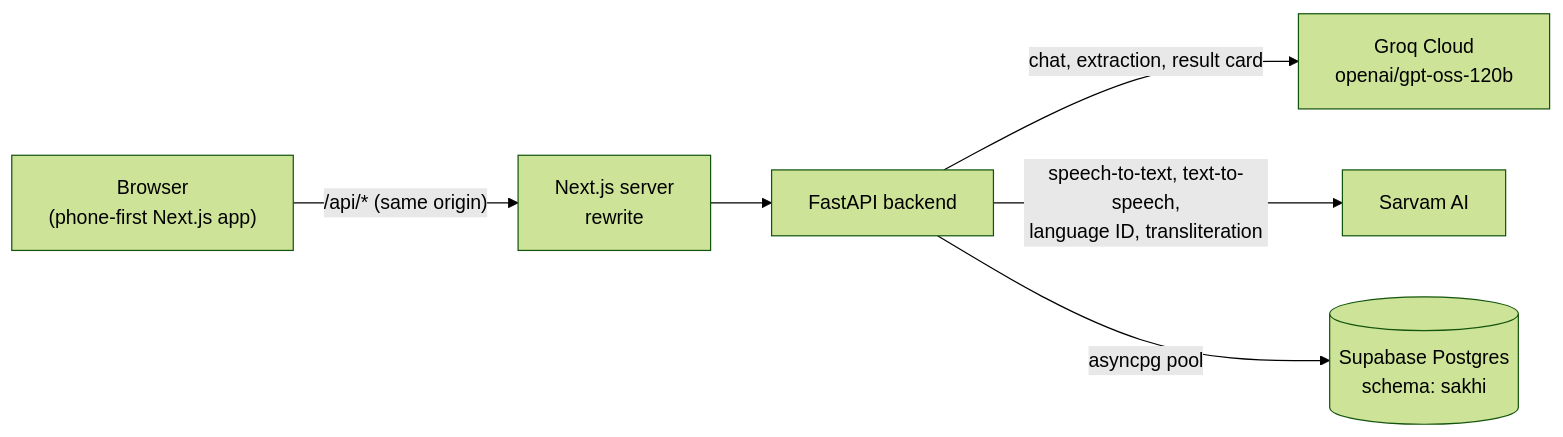
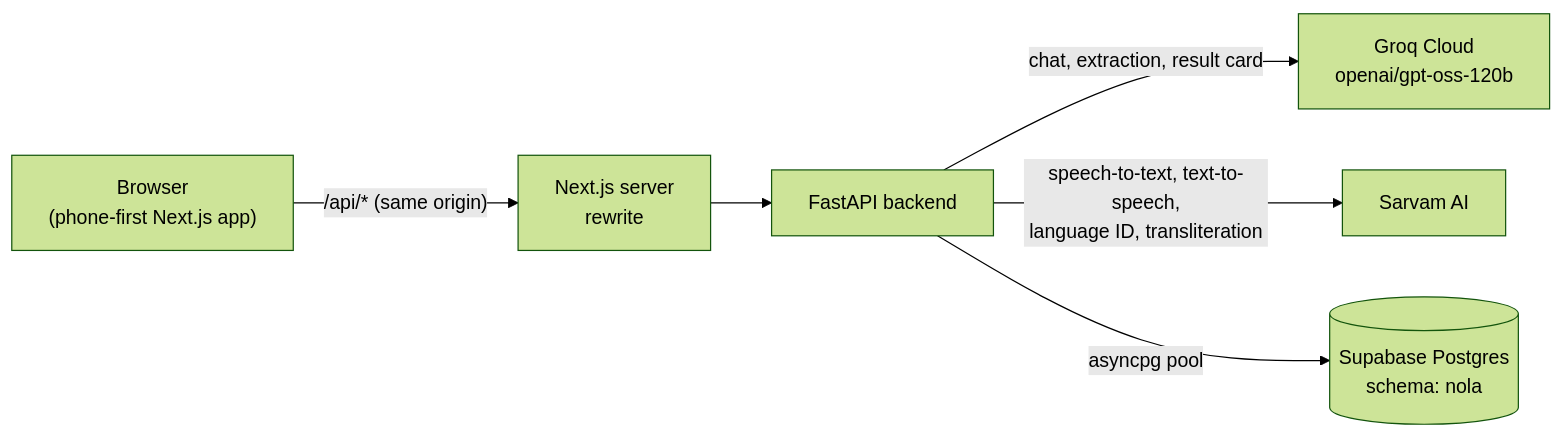
One commit to Yousuf-beep/Zel-Chaos changed the diagram in README.md. Above: the diagram before and after it, drawn with Mermaid (forest theme). The commit also changed other lines of this file and 18 other files, not shown here.

````diff
--- a/README.md
+++ b/README.md
@@ -66,8 +70,8 @@
 ```mermaid
 flowchart LR
   U["Browser<br/>(phone-first Next.js app)"] -->|"/api/* (same origin)"| N["Next.js server<br/>rewrite"]
   N --> B["FastAPI backend"]
   B -->|"chat, extraction, result card"| G["Groq Cloud<br/>openai/gpt-oss-120b"]
   B -->|"speech-to-text, text-to-speech,<br/>language ID, transliteration"| S["Sarvam AI"]
-  B -->|"asyncpg pool"| P[("Supabase Postgres<br/>schema: sakhi")]
+  B -->|"asyncpg pool"| P[("Supabase Postgres<br/>schema: nola")]
 ```
````
